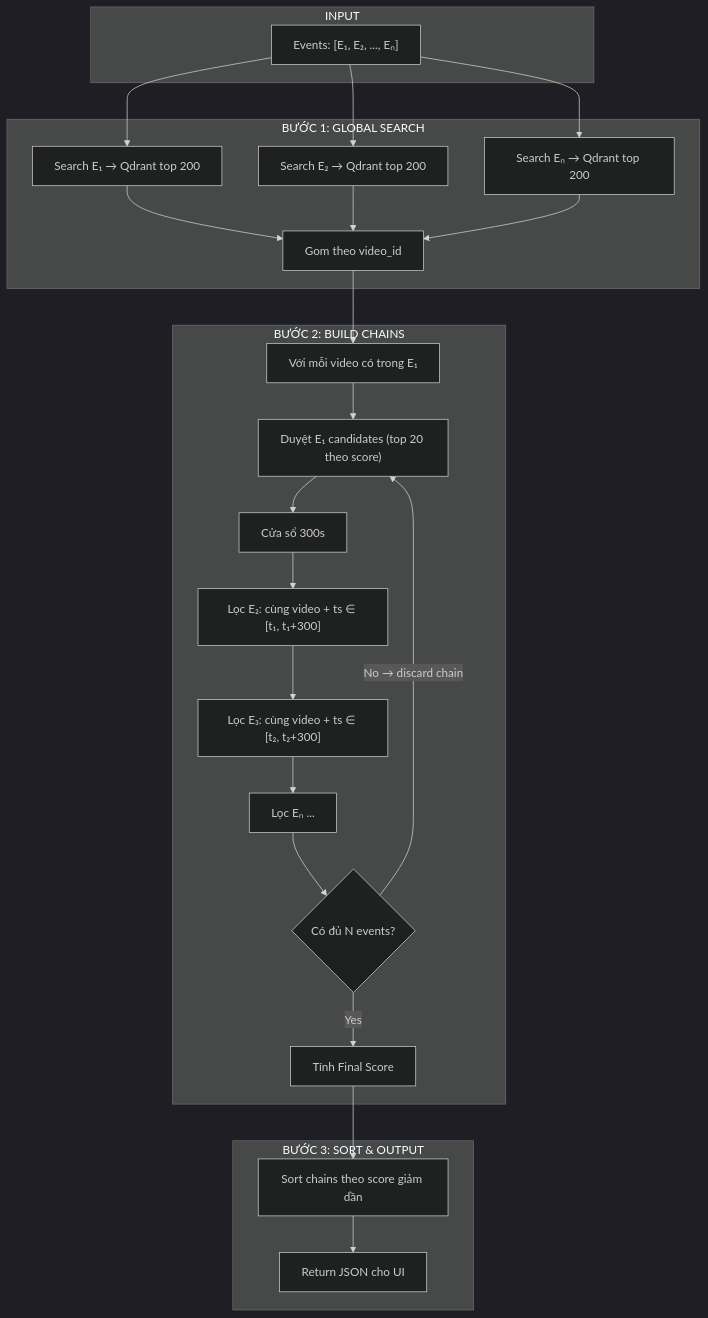
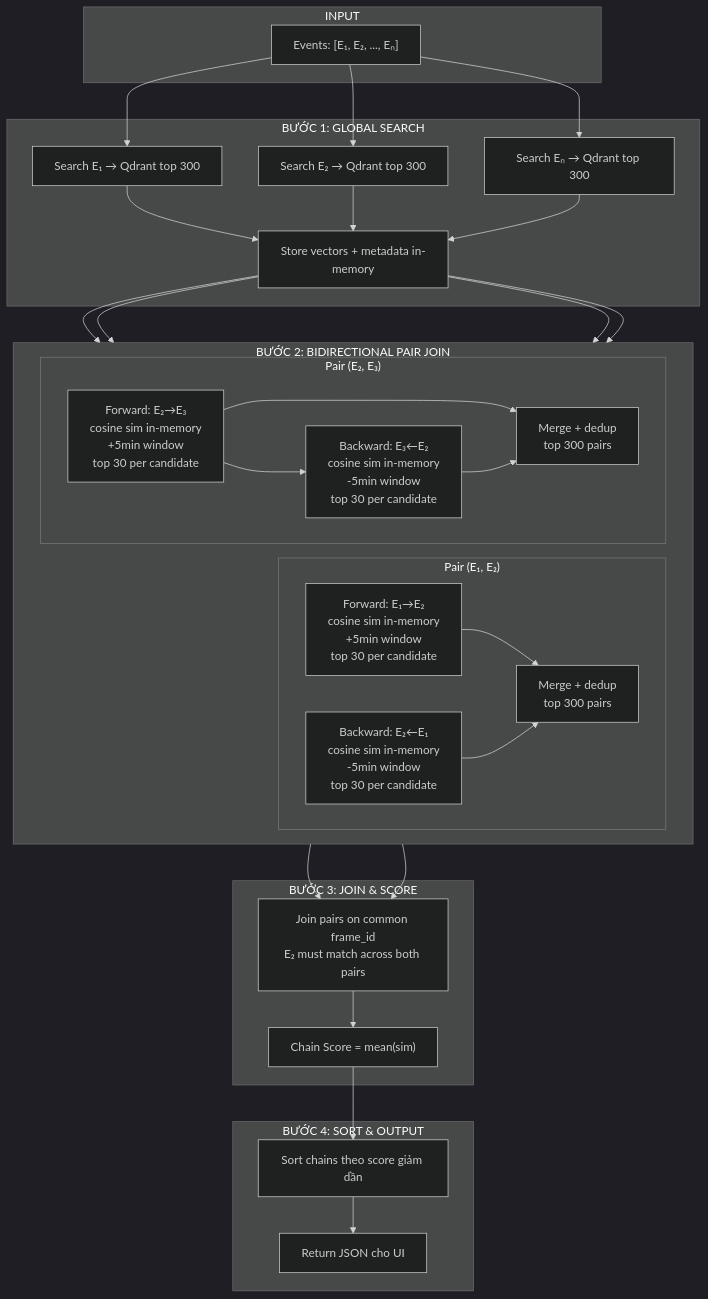
Before and after one commit to AIVIETNAM-AIO-YuukiA/AIO_CodeNova-AIC2026: the diagram in docs/trake-sequence-diagram.md, drawn with Mermaid (dark theme). The commit also changed other lines of this file and 5 other files, not shown here.

````diff
--- a/docs/trake-sequence-diagram.md
+++ b/docs/trake-sequence-diagram.md
@@ -3,47 +3,58 @@
 ```mermaid
 flowchart TD
     subgraph Input["INPUT"]
         E["Events: [E₁, E₂, ..., Eₙ]"]
     end
 
     subgraph Step1["BƯỚC 1: GLOBAL SEARCH"]
-        S1["Search E₁ → Qdrant top 200"]
-        S2["Search E₂ → Qdrant top 200"]
-        S3["Search Eₙ → Qdrant top 200"]
-        G1["Gom theo video_id"]
+        S1["Search E₁ → Qdrant top 300"]
+        S2["Search E₂ → Qdrant top 300"]
+        S3["Search Eₙ → Qdrant top 300"]
+        VEC["Store vectors + metadata in-memory"]
     end
 
-    subgraph Step2["BƯỚC 2: BUILD CHAINS"]
-        V["Với mỗi video có trong E₁"]
-        E1["Duyệt E₁ candidates (top 20 theo score)"]
-        W["Cửa sổ 300s"]
-        F2["Lọc E₂: cùng video + ts ∈ [t₁, t₁+300]"]
-        F3["Lọc E₃: cùng video + ts ∈ [t₂, t₂+300]"]
-        Fn["Lọc Eₙ ..."]
-        CK{"Có đủ N events?"}
-        SC["Tính Final Score"]
+    subgraph Step2["BƯỚC 2: BIDIRECTIONAL PAIR JOIN"]
+        direction LR
+        subgraph Pair_AB["Pair (E₁, E₂)"]
+            PAB_F["Forward: E₁→E₂<br/>cosine sim in-memory<br/>+5min window<br/>top 30 per candidate"]
+            PAB_B["Backward: E₂←E₁<br/>cosine sim in-memory<br/>-5min window<br/>top 30 per candidate"]
+            PAB_M["Merge + dedup<br/>top 300 pairs"]
+        end
+        subgraph Pair_BC["Pair (E₂, E₃)"]
+            PBC_F["Forward: E₂→E₃<br/>cosine sim in-memory<br/>+5min window<br/>top 30 per candidate"]
+            PBC_B["Backward: E₃←E₂<br/>cosine sim in-memory<br/>-5min window<br/>top 30 per candidate"]
+            PBC_M["Merge + dedup<br/>top 300 pairs"]
+        end
     end
 
-    subgraph Step3["BƯỚC 3: SORT & OUTPUT"]
+    subgraph Step3["BƯỚC 3: JOIN & SCORE"]
+        JOIN["Join pairs on common frame_id<br/>E₂ must match across both pairs"]
+        SC["Chain Score = mean(sim)"]
+    end
+
+    subgraph Step4["BƯỚC 4: SORT & OUTPUT"]
         SORT["Sort chains theo score giảm dần"]
         OUT["Return JSON cho UI"]
     end
 
     E --> S1
     E --> S2
     E --> S3
-    S1 --> G1
-    S2 --> G1
-    S3 --> G1
-    G1 --> V
-    V --> E1
-    E1 --> W
-    W --> F2
-    F2 --> F3
-    F3 --> Fn
-    Fn --> CK
-    CK -- "Yes" --> SC
-    CK -- "No → discard chain" --> E1
+    S1 --> VEC
+    S2 --> VEC
+    S3 --> VEC
+    VEC --> PAB_F
+    VEC --> PAB_B
+    VEC --> PBC_F
+    VEC --> PBC_B
+    PAB_F --> PAB_M
+    PAB_B --> PAB_M
+    PBC_F --> PBC_B
+    PBC_F --> PBC_M
+    PBC_B --> PBC_M
+    PAB_M --> JOIN
+    PBC_M --> JOIN
+    JOIN --> SC
     SC --> SORT
     SORT --> OUT
 ```
````
